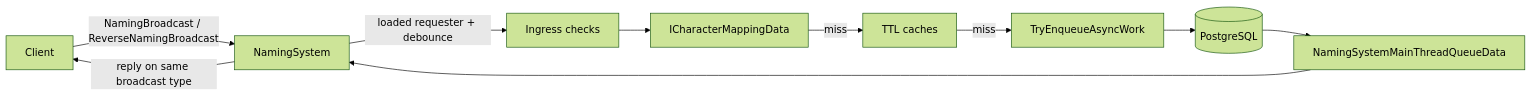
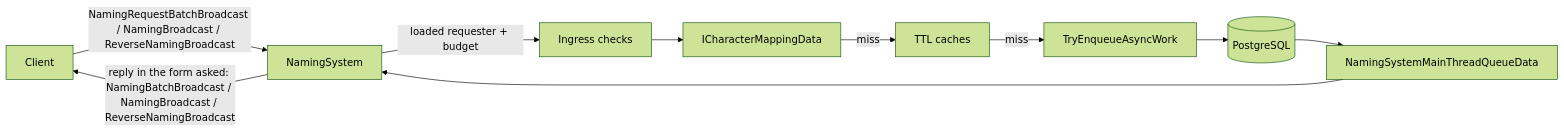
The diagram in FishMMO-Unity/Assets/Scripts/Server/Implementation/World/SceneServer/Naming/README.md (jimdroberts/FishMMO), drawn with Mermaid (forest theme) before and after one commit. The commit also changed other lines of this file and 680 other files, not shown here.

````diff
--- a/FishMMO-Unity/Assets/Scripts/Server/Implementation/World/SceneServer/Naming/README.md
+++ b/FishMMO-Unity/Assets/Scripts/Server/Implementation/World/SceneServer/Naming/README.md
@@ -186,12 +196,12 @@
 ```mermaid
 flowchart LR
-    Client[Client] -->|NamingBroadcast / ReverseNamingBroadcast| Sys[NamingSystem]
-    Sys -->|loaded requester + debounce| Gate[Ingress checks]
+    Client[Client] -->|NamingRequestBatchBroadcast / NamingBroadcast / ReverseNamingBroadcast| Sys[NamingSystem]
+    Sys -->|loaded requester + budget| Gate[Ingress checks]
     Gate --> Local[ICharacterMappingData]
     Local -->|miss| Cache[TTL caches]
     Cache -->|miss| Async[TryEnqueueAsyncWork]
     Async --> DB[(PostgreSQL)]
     DB --> Queue[NamingSystemMainThreadQueueData]
     Queue --> Sys
-    Sys -->|reply on same broadcast type| Client
+    Sys -->|reply in the form asked: NamingBatchBroadcast / NamingBroadcast / ReverseNamingBroadcast| Client
 ```
````
